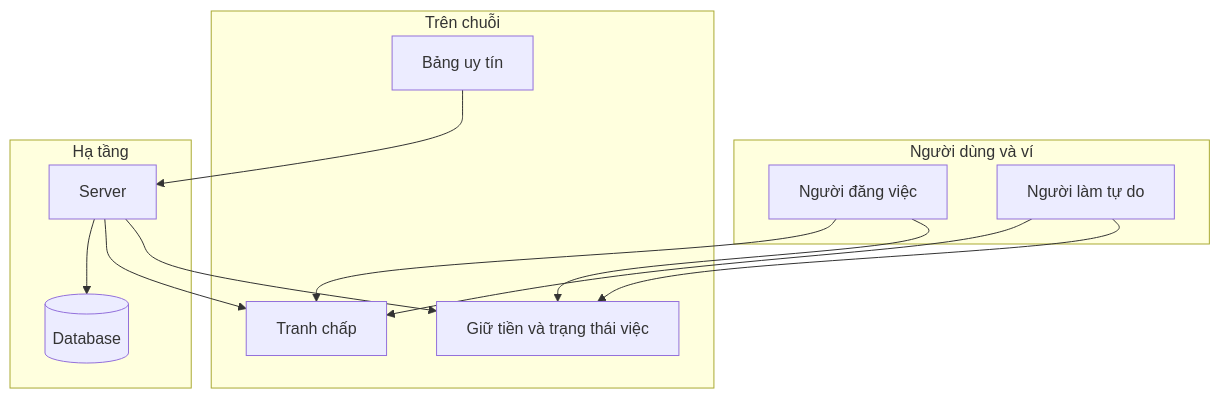
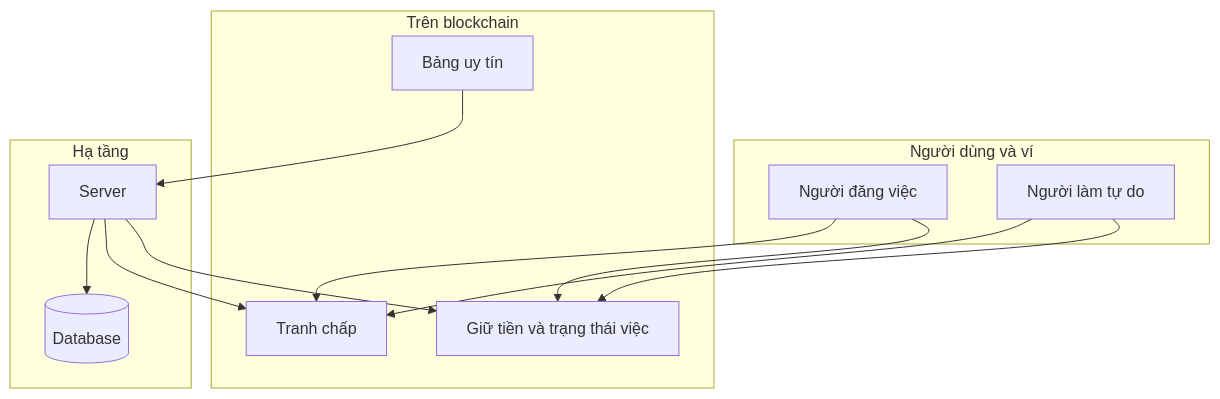
The first of 2 diagrams in blockchain.md (dmt041104111003/docs-nckh), drawn with Mermaid before and after one commit. The commit also changed other lines of this file and 9 other files, not shown here.

````diff
--- a/blockchain.md
+++ b/blockchain.md
@@ -37,24 +37,24 @@
 ```mermaid
 flowchart TB
   subgraph tren[Người dùng và ví]
     N1[Người đăng việc]
     N2[Người làm tự do]
   end
-  subgraph giua[Trên chuỗi]
+  subgraph giua[Trên blockchain]
     HD1[Giữ tiền và trạng thái việc]
     HD2[Tranh chấp]
     HD3[Bảng uy tín]
   end
   subgraph duoi[Hạ tầng]
     SVC[Server]
     DB[(Database)]
   end
   N1 --> HD1
   N2 --> HD1
   N1 --> HD2
   N2 --> HD2
   SVC --> HD1
   SVC --> HD2
   HD3 --> SVC
   SVC --> DB
 ```
````
